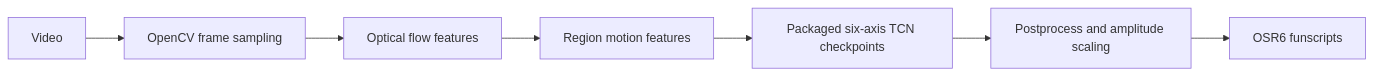
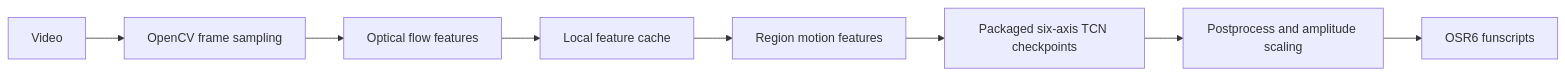
The second of 3 diagrams in ARCHITECTURE.md (kryx255/OSR6), drawn with Mermaid before and after one commit. The commit also changed other lines of this file and 9 other files, not shown here.

Commit message:
feat: add inference feature cache and speed modes

````diff
--- a/ARCHITECTURE.md
+++ b/ARCHITECTURE.md
@@ -44,9 +47,10 @@
 ```mermaid
 flowchart LR
   A["Video"] --> B["OpenCV frame sampling"]
   B --> C["Optical flow features"]
-  C --> D["Region motion features"]
-  D --> E["Packaged six-axis TCN checkpoints"]
-  E --> F["Postprocess and amplitude scaling"]
-  F --> G["OSR6 funscripts"]
+  C --> D["Local feature cache"]
+  D --> E["Region motion features"]
+  E --> F["Packaged six-axis TCN checkpoints"]
+  F --> G["Postprocess and amplitude scaling"]
+  G --> H["OSR6 funscripts"]
 ```
````
